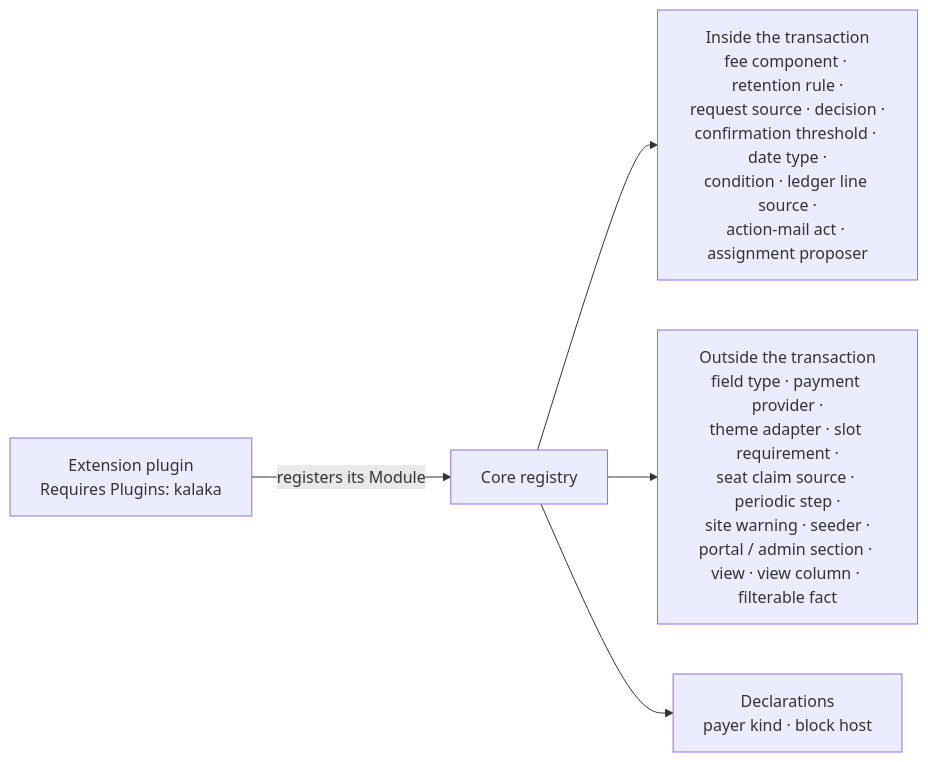
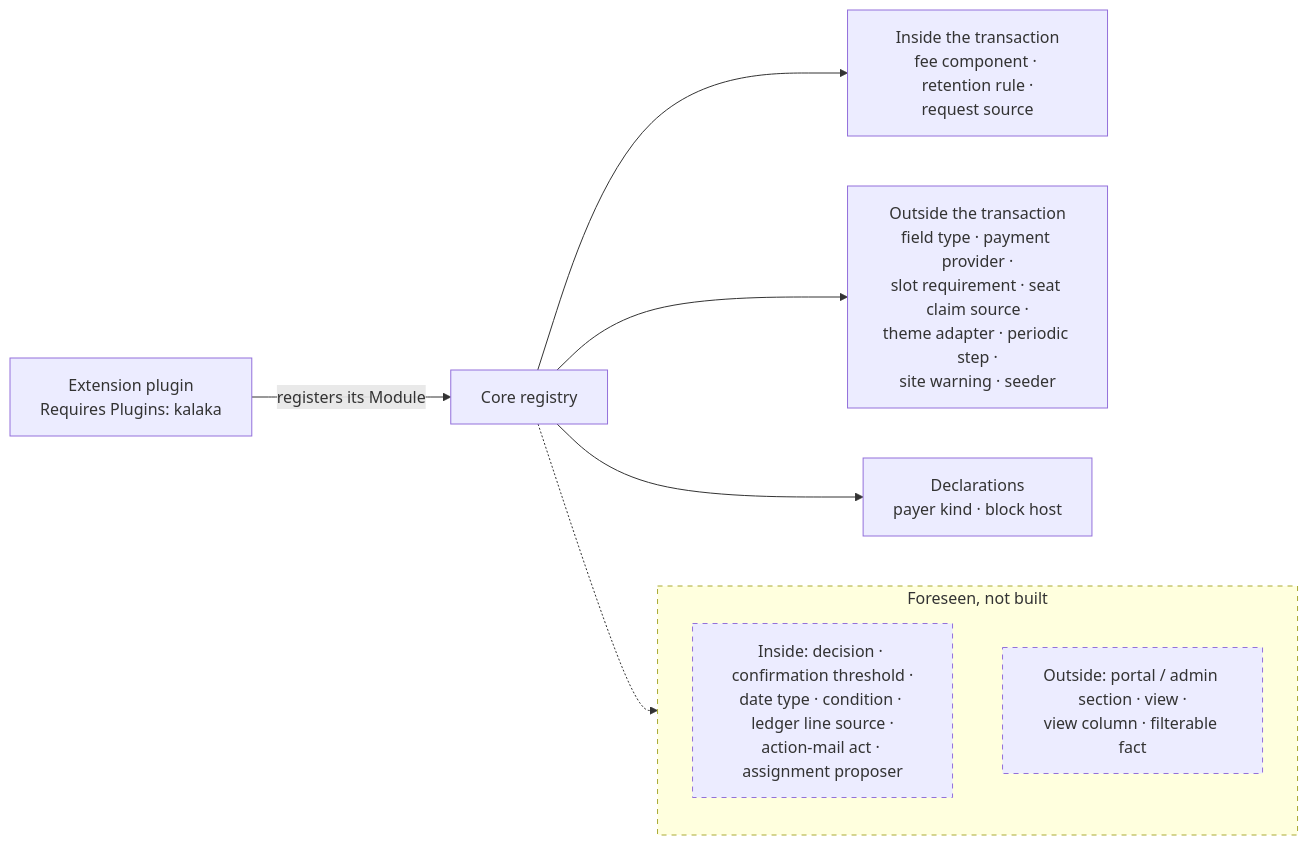
The second of 2 diagrams in docs/architecture/modules-and-extensions.md (reformatus/kalaka), drawn with Mermaid before and after one commit. The commit also changed 2 other files, not shown here.

Commit message:
Docs: overview: the big decisions are pointers; engineering: mail templates, field definitions not built; extension-surface diagram marks unbuilt points

````diff
--- a/docs/architecture/modules-and-extensions.md
+++ b/docs/architecture/modules-and-extensions.md
@@ -272,7 +272,16 @@
 ```mermaid
 flowchart LR
   EP["Extension plugin<br/>Requires Plugins: kalaka"] -->|"registers its Module"| REG["Core registry"]
-  REG --> IN["Inside the transaction<br/>fee component · retention rule ·<br/>request source · decision ·<br/>confirmation threshold · date type ·<br/>condition · ledger line source ·<br/>action-mail act · assignment proposer"]
-  REG --> OUT["Outside the transaction<br/>field type · payment provider ·<br/>theme adapter · slot requirement ·<br/>seat claim source · periodic step ·<br/>site warning · seeder ·<br/>portal / admin section · view · view column · filterable fact"]
+  REG --> IN["Inside the transaction<br/>fee component · retention rule ·<br/>request source"]
+  REG --> OUT["Outside the transaction<br/>field type · payment provider ·<br/>slot requirement · seat claim source ·<br/>theme adapter · periodic step ·<br/>site warning · seeder"]
   REG --> DECL["Declarations<br/>payer kind · block host"]
+  REG -.-> FS
+  subgraph FS["Foreseen, not built"]
+    direction TB
+    FI["Inside: decision · confirmation threshold ·<br/>date type · condition · ledger line source ·<br/>action-mail act · assignment proposer"]
+    FO["Outside: portal / admin section · view ·<br/>view column · filterable fact"]
+  end
+  style FS stroke-dasharray: 5 5
+  style FI stroke-dasharray: 5 5
+  style FO stroke-dasharray: 5 5
 ```
````
